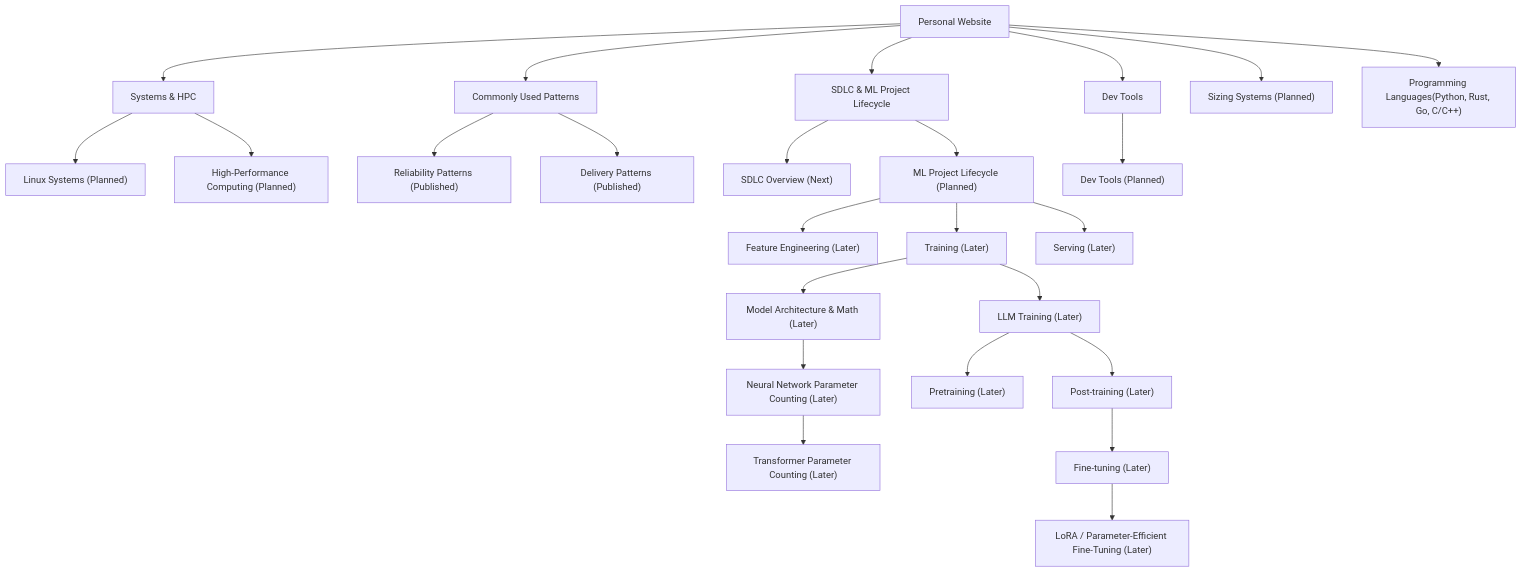
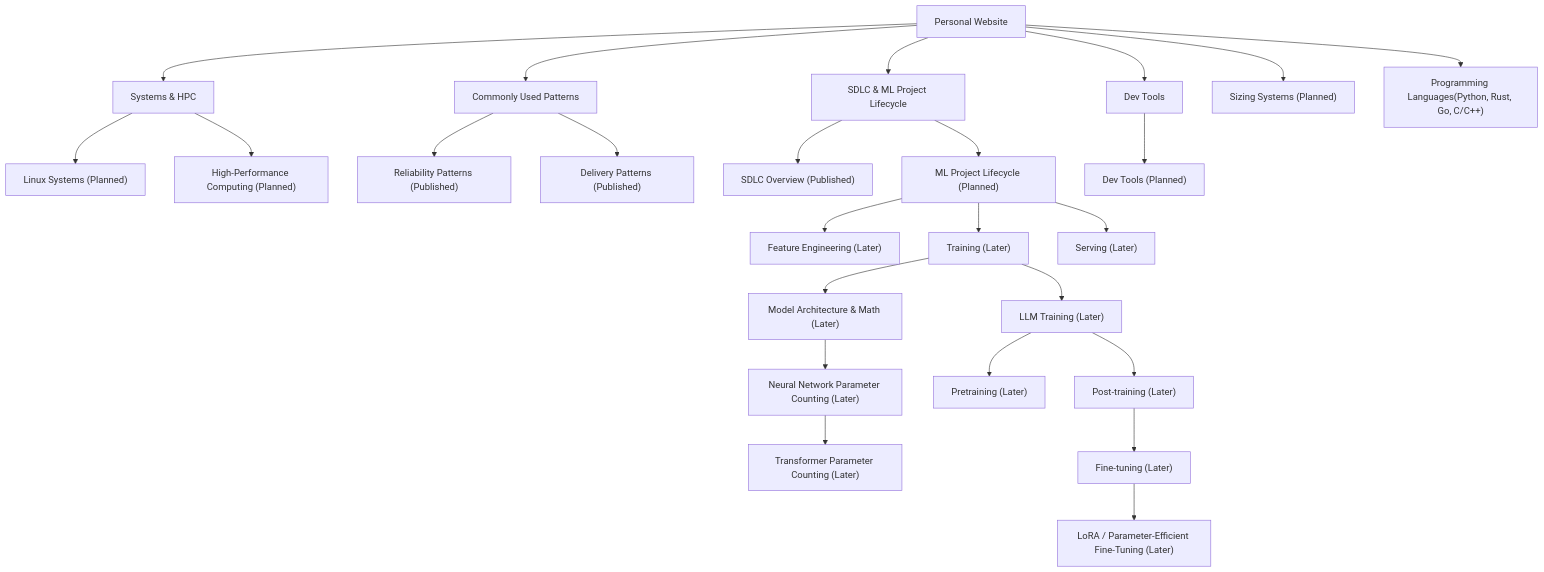
The diagram in src/roadmap/index.md (HCharlie/HCharlie.github.io), drawn with Mermaid before and after one commit. The commit also changed other lines of this file and 3 other files, not shown here.

Commit message:
Publish SDLC overview

```diff
--- a/src/roadmap/index.md
+++ b/src/roadmap/index.md
@@ -11,52 +11,52 @@
 <pre class="mermaid">
 flowchart TD
     Site["Personal Website"]
     Patterns["Commonly Used Patterns"]
     Lifecycle["SDLC &amp; ML Project Lifecycle"]
     Tools["Dev Tools"]
     SystemsHPC["Systems &amp; HPC"]
     SizingSystems["Sizing Systems (Planned)"]
     LinuxSystems["Linux Systems (Planned)"]
     HPC["High-Performance Computing (Planned)"]
     Languages["Programming Languages(Python, Rust, Go, C/C++)"]
     Reliability["Reliability Patterns (Published)"]
     DeliveryPatterns["Delivery Patterns (Published)"]
-    SDLC["SDLC Overview (Next)"]
+    SDLC["SDLC Overview (Published)"]
     ML["ML Project Lifecycle (Planned)"]
     FeatureEngineering["Feature Engineering (Later)"]
     Training["Training (Later)"]
     ModelMath["Model Architecture &amp; Math (Later)"]
     ParameterCounting["Neural Network Parameter Counting (Later)"]
     TransformerParams["Transformer Parameter Counting (Later)"]
     LLMTraining["LLM Training (Later)"]
     Pretraining["Pretraining (Later)"]
     PostTraining["Post-training (Later)"]
     FineTuning["Fine-tuning (Later)"]
     LoRA["LoRA / Parameter-Efficient Fine-Tuning (Later)"]
     Serving["Serving (Later)"]
 
     Site --> Patterns
     Site --> Lifecycle
     Site --> Tools
     Site --> SystemsHPC
     Site --> SizingSystems
     SystemsHPC --> LinuxSystems
     SystemsHPC --> HPC
     Site --> Languages
     Patterns --> Reliability
     Patterns --> DeliveryPatterns
     Lifecycle --> SDLC
     Lifecycle --> ML
     Tools --> DevTools["Dev Tools (Planned)"]
     ML --> FeatureEngineering
     ML --> Training
     ML --> Serving
     Training --> ModelMath
     ModelMath --> ParameterCounting
     ParameterCounting --> TransformerParams
     Training --> LLMTraining
     LLMTraining --> Pretraining
     LLMTraining --> PostTraining
     PostTraining --> FineTuning
     FineTuning --> LoRA
 </pre>
```
